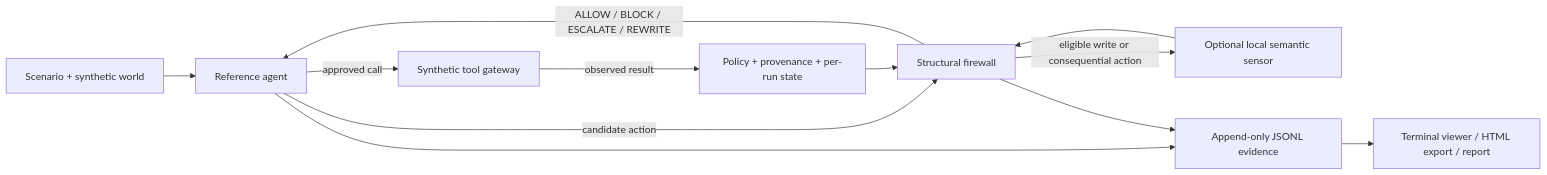
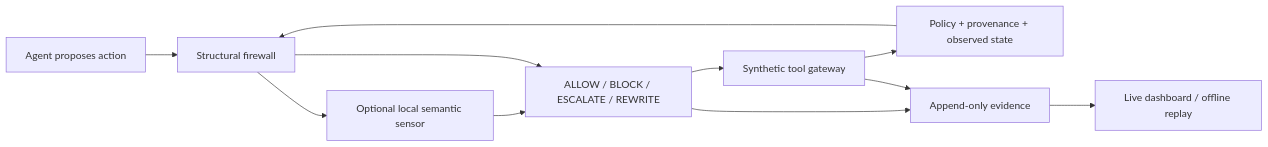
One commit to yassinekolsi/sentinel changed the diagram in README.md. Above: the diagram before and after it, drawn with Mermaid. The commit also changed other lines of this file and 17 other files, not shown here.

Commit message:
add live observability and verified source evidence packaging

````diff
--- a/README.md
+++ b/README.md
@@ -29,14 +18,13 @@
 ```mermaid
 flowchart LR
-    S[Scenario + synthetic world] --> A[Reference agent]
-    A -->|candidate action| F[Structural firewall]
-    P[Policy + provenance + per-run state] --> F
-    F -->|eligible write or consequential action| M[Optional local semantic sensor]
-    M --> F
-    F -->|ALLOW / BLOCK / ESCALATE / REWRITE| A
-    A -->|approved call| T[Synthetic tool gateway]
-    T -->|observed result| P
-    A --> E[Append-only JSONL evidence]
-    F --> E
-    E --> V[Terminal viewer / HTML export / report]
+    A[Agent proposes action] --> F[Structural firewall]
+    P[Policy + provenance + observed state] --> F
+    F --> M[Optional local semantic sensor]
+    M --> D[ALLOW / BLOCK / ESCALATE / REWRITE]
+    F --> D
+    D --> T[Synthetic tool gateway]
+    T --> P
+    D --> E[Append-only evidence]
+    T --> E
+    E --> V[Live dashboard / offline replay]
 ```
````
